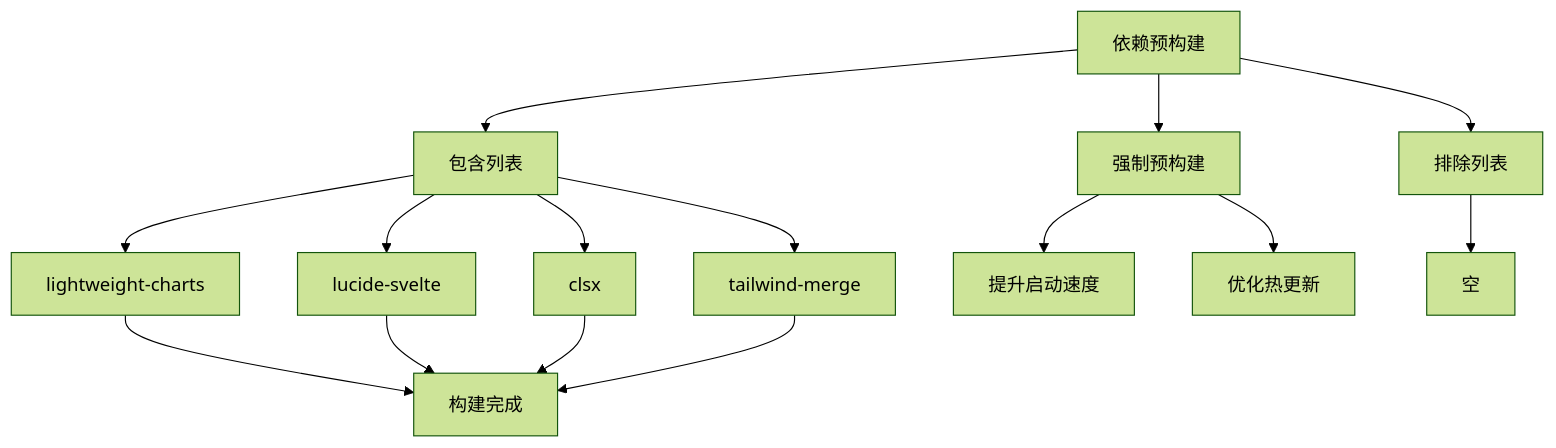
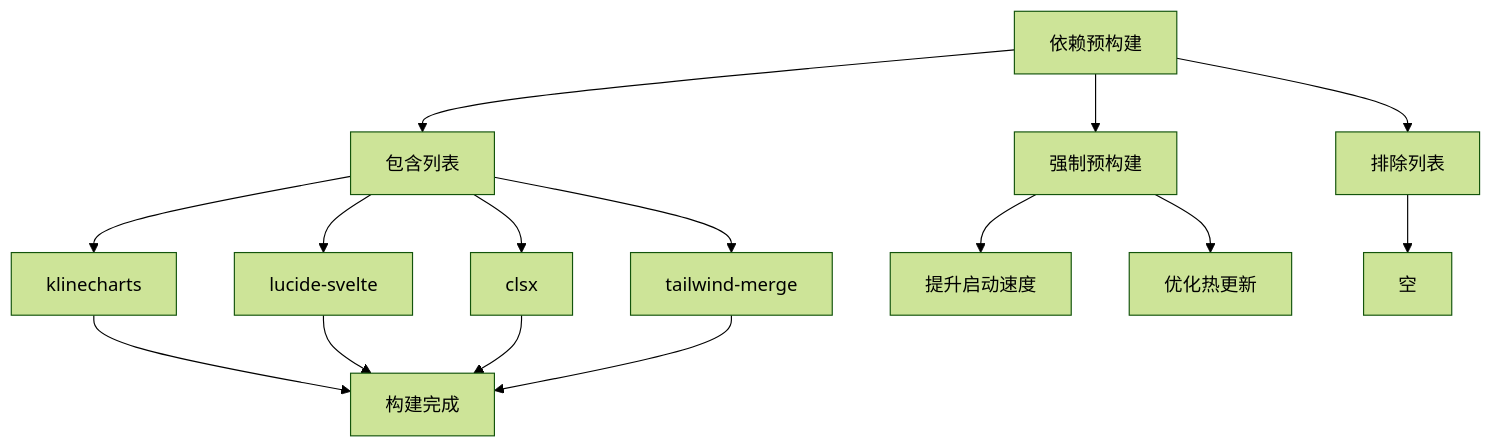
Diagram 14 of 17 in doc/前端架构/构建流程与工具链/构建流程与工具链.md (yjydmlh/turtle), drawn with Mermaid (forest theme) before and after one commit. The commit also changed other lines of this file and 9 other files, not shown here.

````diff
--- a/doc/前端架构/构建流程与工具链/构建流程与工具链.md
+++ b/doc/前端架构/构建流程与工具链/构建流程与工具链.md
@@ -432,17 +432,17 @@
 ```mermaid
 flowchart TD
 A[依赖预构建] --> B[包含列表]
-B --> C[lightweight-charts]
+B --> C[klinecharts]
 B --> D[lucide-svelte]
 B --> E[clsx]
 B --> F[tailwind-merge]
 A --> G[强制预构建]
 G --> H[提升启动速度]
 G --> I[优化热更新]
 A --> J[排除列表]
 J --> K[空]
 C --> L[构建完成]
 D --> L
 E --> L
 F --> L
 ```
````
